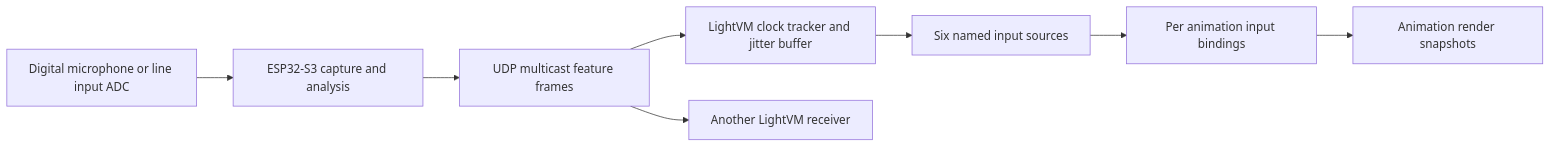
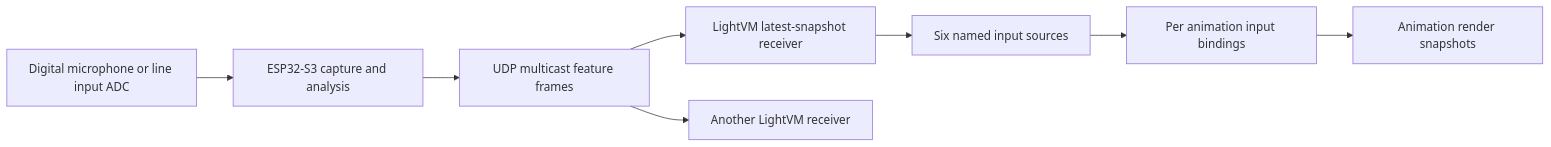
Before and after one commit to KajLights/lightvm: the diagram in docs/design/feature-proposal-audio-multicast.md, drawn with Mermaid. The commit also changed other lines of this file and 38 other files, not shown here.

````diff
--- a/docs/design/feature-proposal-audio-multicast.md
+++ b/docs/design/feature-proposal-audio-multicast.md
@@ -26,10 +39,10 @@
 ```mermaid
 flowchart LR
     M[Digital microphone or line input ADC] --> A[ESP32-S3 capture and analysis]
     A --> U[UDP multicast feature frames]
-    U --> R1[LightVM clock tracker and jitter buffer]
+    U --> R1[LightVM latest-snapshot receiver]
     U --> R2[Another LightVM receiver]
     R1 --> S[Six named input sources]
     S --> B[Per animation input bindings]
     B --> P[Animation render snapshots]
 ```
````
